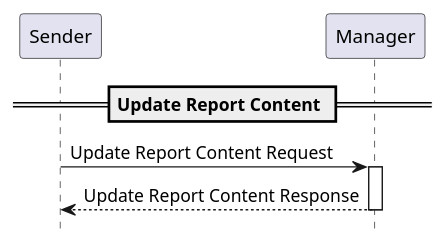
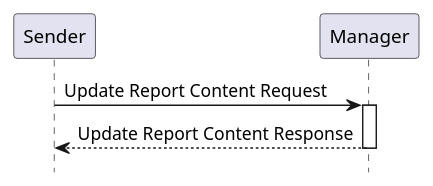
The diagram in input/images-source/rad-x5-seq.plantuml (IHE/RAD.IRA), drawn with PlantUML before and after one commit. The commit also changed 3 other files, not shown here.

```diff
--- a/input/images-source/rad-x5-seq.plantuml
+++ b/input/images-source/rad-x5-seq.plantuml
@@ -1,15 +1,13 @@
 @startuml
 
 hide footbox
 
 participant "Sender" as Sender
 participant "Manager" as Manager
 
-== Update Report Content ==
-
 Sender->Manager: Update Report Content Request
 activate Manager
 Manager-->Sender: Update Report Content Response
 deactivate Manager
 
 @enduml
```
